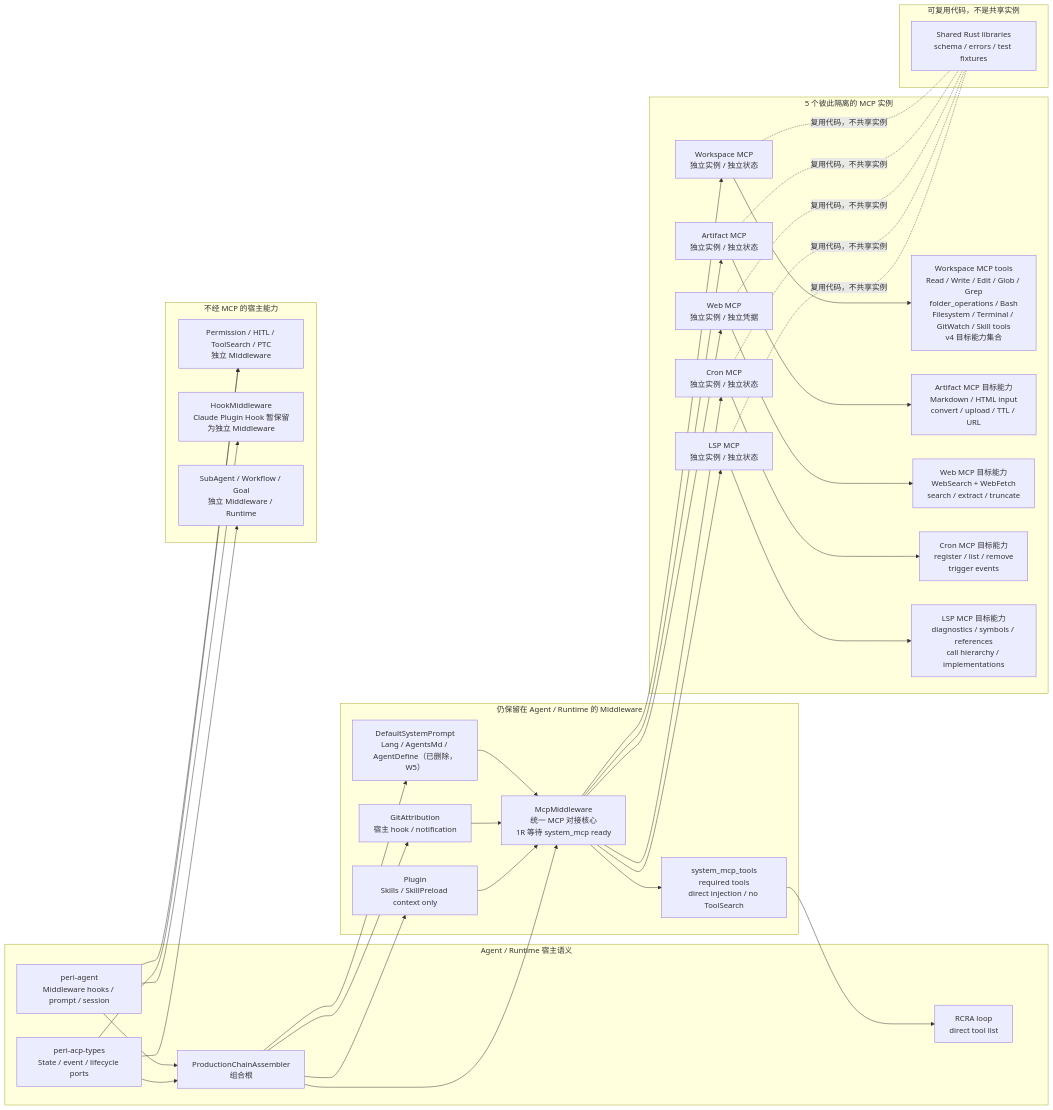
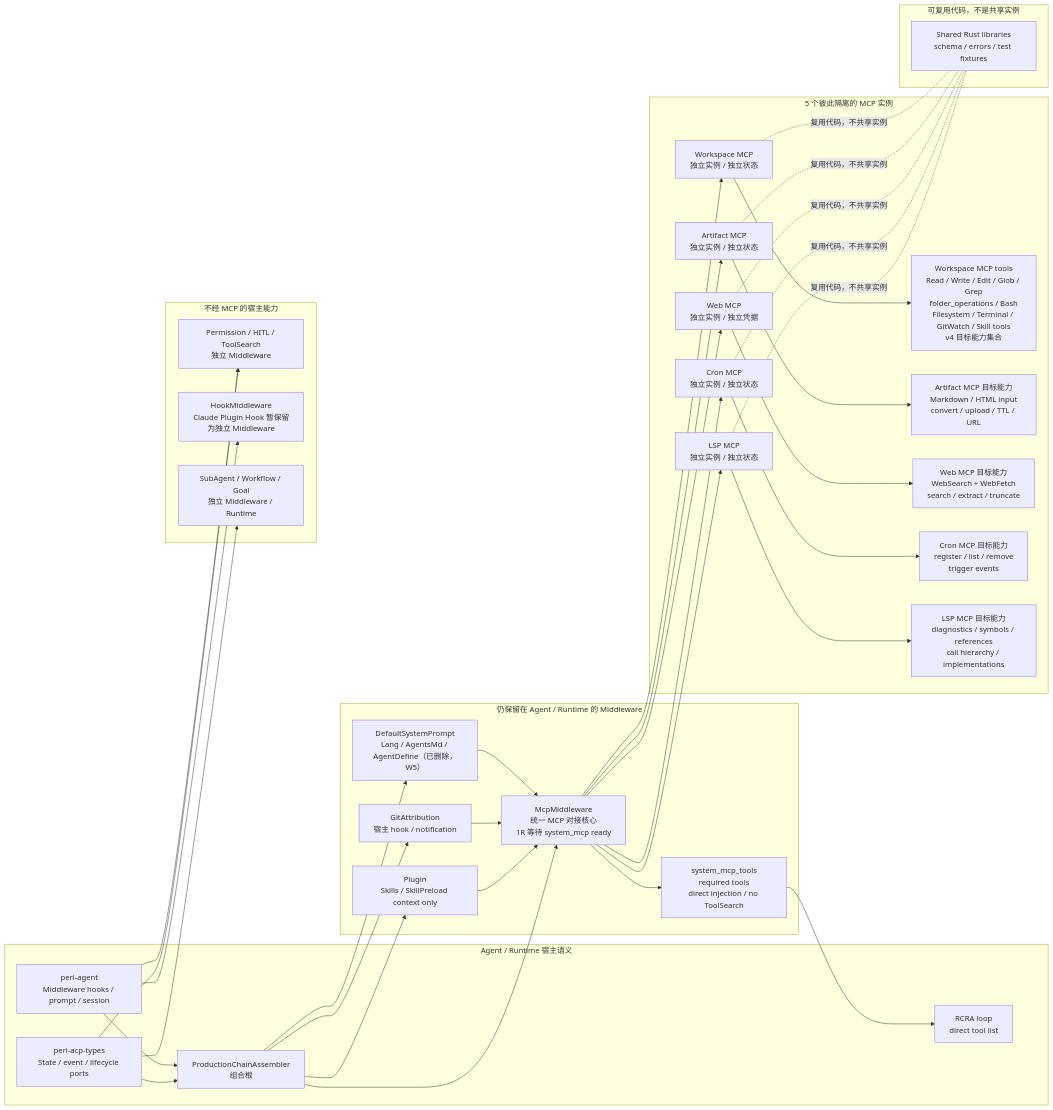
The diagram in docs/design/mcp-adaptation-v4-part-1.md (KonghaYao/peri), drawn with Mermaid before and after one commit. The commit also changed other lines of this file and 80 other files, not shown here.

````diff
--- a/docs/design/mcp-adaptation-v4-part-1.md
+++ b/docs/design/mcp-adaptation-v4-part-1.md
@@ -82,80 +82,80 @@
 ```mermaid
 flowchart LR
     subgraph HOST[Agent / Runtime 宿主语义]
         AGENT[peri-agent<br/>Middleware hooks / prompt / session]
         PORTS[peri-acp-types<br/>State / event / lifecycle ports]
         ASSEMBLY[ProductionChainAssembler<br/>组合根]
         RCRA[RCRA loop<br/>direct tool list]
     end
 
     subgraph ADAPTERS[仍保留在 Agent / Runtime 的 Middleware]
         CONTEXT[DefaultSystemPrompt<br/>Lang / AgentsMd / AgentDefine（已删除，W5）]
         WORKSPACE[GitAttribution<br/>宿主 hook / notification]
         EXT[Plugin<br/>Skills / SkillPreload context only]
         MCP_MW[McpMiddleware<br/>统一 MCP 对接核心<br/>1R 等待 system_mcp ready]
         SYSTEM_TOOLS[system_mcp_tools<br/>required tools<br/>direct injection / no ToolSearch]
     end
 
     subgraph MCP[5 个彼此隔离的 MCP 实例]
         WS[Workspace MCP<br/>独立实例 / 独立状态]
         WSCAP[Workspace MCP tools<br/>Read / Write / Edit / Glob / Grep<br/>folder_operations / Bash<br/>Filesystem / Terminal / GitWatch / Skill tools<br/>v4 目标能力集合]
 
         ART[Artifact MCP<br/>独立实例 / 独立状态]
         ARTCAP[Artifact MCP 目标能力<br/>Markdown / HTML input<br/>convert / upload / TTL / URL]
 
         WEB_MCP[Web MCP<br/>独立实例 / 独立凭据]
         WEBCAP[Web MCP 目标能力<br/>WebSearch + WebFetch<br/>search / extract / truncate]
 
         CRON[Cron MCP<br/>独立实例 / 独立状态]
         CRONCAP[Cron MCP 目标能力<br/>register / list / remove<br/>trigger events]
 
         LSP[LSP MCP<br/>独立实例 / 独立状态]
         LSPCAP[LSP MCP 目标能力<br/>diagnostics / symbols / references<br/>call hierarchy / implementations]
     end
 
     subgraph LIBS[可复用代码，不是共享实例]
         COMMON[Shared Rust libraries<br/>schema / errors / test fixtures]
     end
 
     subgraph DIRECT[不经 MCP 的宿主能力]
-        CONTROL[Permission / HITL / ToolSearch / PTC<br/>独立 Middleware]
+        CONTROL[Permission / HITL / ToolSearch<br/>独立 Middleware]
         HOOK[HookMiddleware<br/>Claude Plugin Hook 暂保留为独立 Middleware]
         RUNTIME[SubAgent / Workflow / Goal<br/>独立 Middleware / Runtime]
     end
 
     AGENT --> ASSEMBLY
     PORTS --> ASSEMBLY
     ASSEMBLY --> CONTEXT
     ASSEMBLY --> WORKSPACE
     ASSEMBLY --> EXT
     ASSEMBLY --> MCP_MW
 
     CONTEXT --> MCP_MW
     WORKSPACE --> MCP_MW
     EXT --> MCP_MW
 
     MCP_MW --> WS
     MCP_MW --> ART
     MCP_MW --> WEB_MCP
     MCP_MW --> CRON
     MCP_MW --> LSP
     MCP_MW --> SYSTEM_TOOLS
     SYSTEM_TOOLS --> RCRA
 
     WS --> WSCAP
     ART --> ARTCAP
     WEB_MCP --> WEBCAP
     CRON --> CRONCAP
     LSP --> LSPCAP
 
     WS -. "复用代码，不共享实例" .- COMMON
     ART -. "复用代码，不共享实例" .- COMMON
     WEB_MCP -. "复用代码，不共享实例" .- COMMON
     CRON -. "复用代码，不共享实例" .- COMMON
     LSP -. "复用代码，不共享实例" .- COMMON
 
     AGENT --> CONTROL
     PORTS --> CONTROL
     AGENT --> HOOK
     PORTS --> RUNTIME
 ```
````
